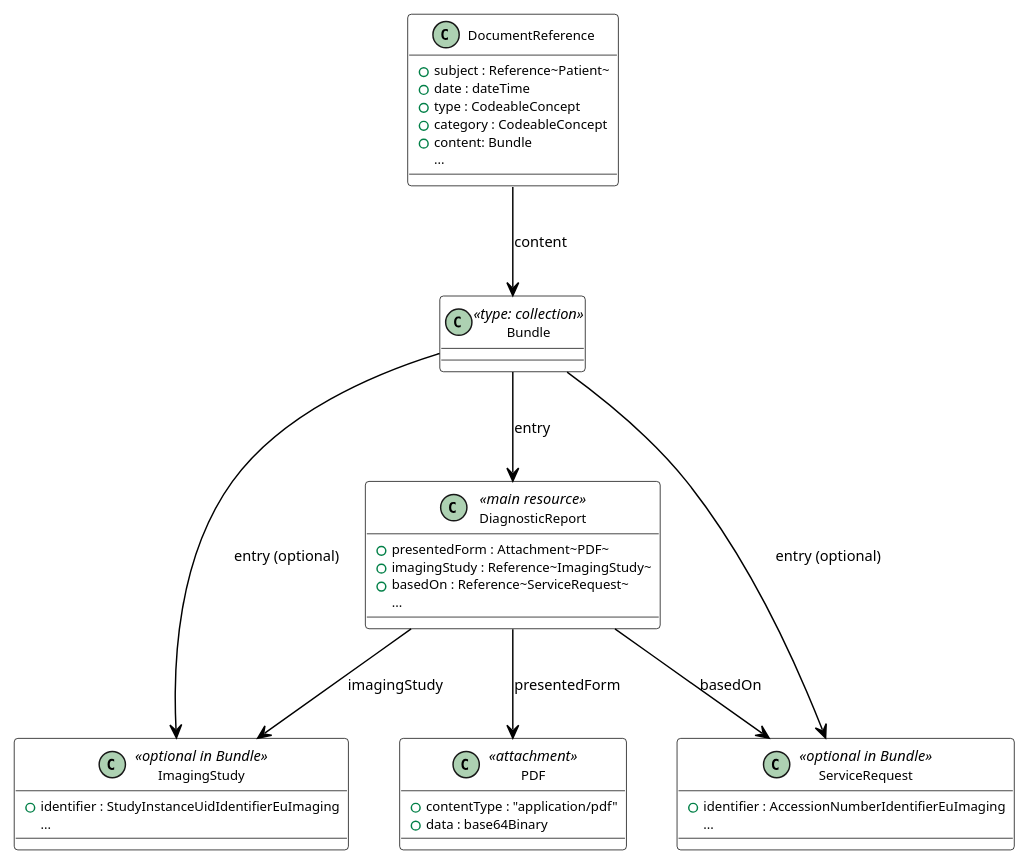
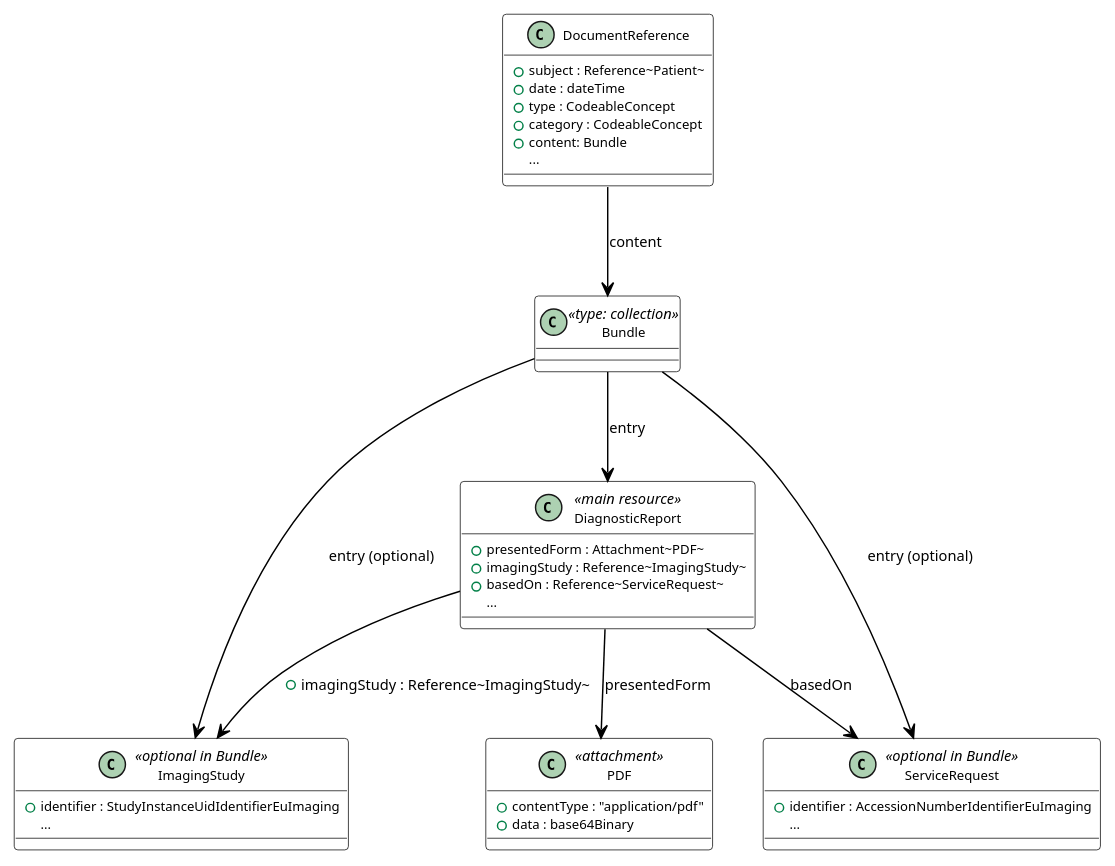
One commit to hl7-eu/imaging changed the diagram in igs/imaging-r4/input/images-source/data-format-basic-metadata.plantuml. Above: the diagram before and after it, drawn with PlantUML. The commit also changed 7 other files, not shown here.

```diff
--- a/igs/imaging-r4/input/images-source/data-format-basic-metadata.plantuml
+++ b/igs/imaging-r4/input/images-source/data-format-basic-metadata.plantuml
@@ -1,56 +1,56 @@
 @startuml data-format-basic-metadata
 
 skinparam backgroundColor white
 skinparam handwritten false
 skinparam defaultFontSize 10
 skinparam classAttributeFontSize 9
 
 skinparam class {
   BackgroundColor White
   BorderColor Black
   ArrowColor Black
 }
 
 class DocumentReference {
   +subject : Reference~Patient~
   +date : dateTime
   +type : CodeableConcept
   +category : CodeableConcept
   +content: Bundle
   ...
 }
 
 class Bundle <<type: collection>> {
 }
 
 class DiagnosticReport <<main resource>> {
   +presentedForm : Attachment~PDF~
   +imagingStudy : Reference~ImagingStudy~
   +basedOn : Reference~ServiceRequest~
   ...
 }
 
 class ImagingStudy <<optional in Bundle>> {
   +identifier : StudyInstanceUidIdentifierEuImaging
   ...
 }
 
 class ServiceRequest <<optional in Bundle>> {
   +identifier : AccessionNumberIdentifierEuImaging
   ...
 }
 
 class PDF <<attachment>> {
   +contentType : "application/pdf"
   +data : base64Binary
 }
 
 DocumentReference --> Bundle : content
 Bundle --> DiagnosticReport : entry
 Bundle --> ImagingStudy : entry (optional)
 Bundle --> ServiceRequest : entry (optional)
 DiagnosticReport --> PDF : presentedForm
-DiagnosticReport --> ImagingStudy : imagingStudy
+DiagnosticReport --> ImagingStudy : +imagingStudy : Reference~ImagingStudy~
 DiagnosticReport --> ServiceRequest : basedOn
 
 @enduml
```
